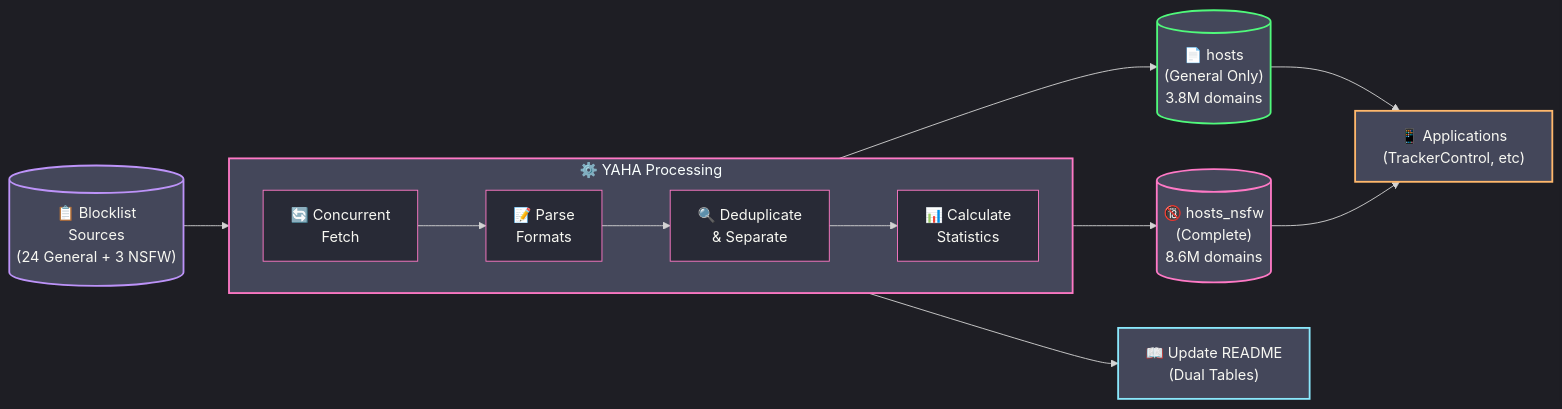
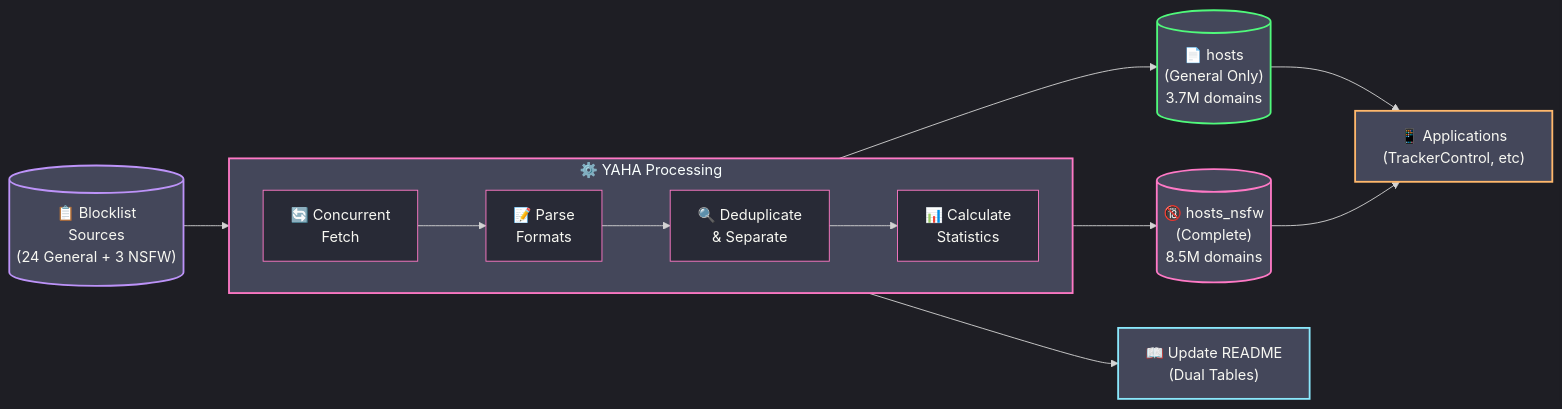
Before and after one commit to scottdraper8/yaha: the diagram in README.md, drawn with Mermaid. The commit also changed other lines of this file, not shown here.

Commit message:
Update blocklist stats: 3716213 general / 8548830 with NSFW [automated]

````diff
--- a/README.md
+++ b/README.md
@@ -42,35 +42,35 @@
 ```mermaid
 %%{init: {'theme': 'dark', 'themeVariables': {
     'primaryColor': '#ff79c6',
     'secondaryColor': '#bd93f9',
     'tertiaryColor': '#44475a',
     'mainBkg': '#282a36',
     'nodeBorder': '#ff79c6',
     'clusterBkg': '#44475a',
     'clusterBorder': '#bd93f9',
     'textColor': '#f8f8f2'
 }}}%%
 flowchart LR
     Sources[("📋 Blocklist<br/>Sources<br/>(24 General + 3 NSFW)")] --> Fetch
 
     subgraph Process["⚙️ YAHA Processing"]
         direction LR
         Fetch["🔄 Concurrent<br/>Fetch"] --> Parse["📝 Parse<br/>Formats"]
         Parse --> Dedupe["🔍 Deduplicate<br/>& Separate"]
         Dedupe --> Stats["📊 Calculate<br/>Statistics"]
     end
 
-    Stats --> Output1[("📄 hosts<br/>(General Only)<br/>3.8M domains")]
-    Stats --> Output2[("🔞 hosts_nsfw<br/>(Complete)<br/>8.6M domains")]
+    Stats --> Output1[("📄 hosts<br/>(General Only)<br/>3.7M domains")]
+    Stats --> Output2[("🔞 hosts_nsfw<br/>(Complete)<br/>8.5M domains")]
     Stats --> README["📖 Update README<br/>(Dual Tables)"]
 
     Output1 --> Apps["📱 Applications<br/>(TrackerControl, etc)"]
     Output2 --> Apps
 
     style Sources fill:#44475a,stroke:#bd93f9,stroke-width:2px
     style Process fill:#44475a,stroke:#ff79c6,stroke-width:2px
     style Output1 fill:#44475a,stroke:#50fa7b,stroke-width:2px
     style Output2 fill:#44475a,stroke:#ff79c6,stroke-width:2px
     style README fill:#44475a,stroke:#8be9fd,stroke-width:2px
     style Apps fill:#44475a,stroke:#ffb86c,stroke-width:2px
 ```
````
